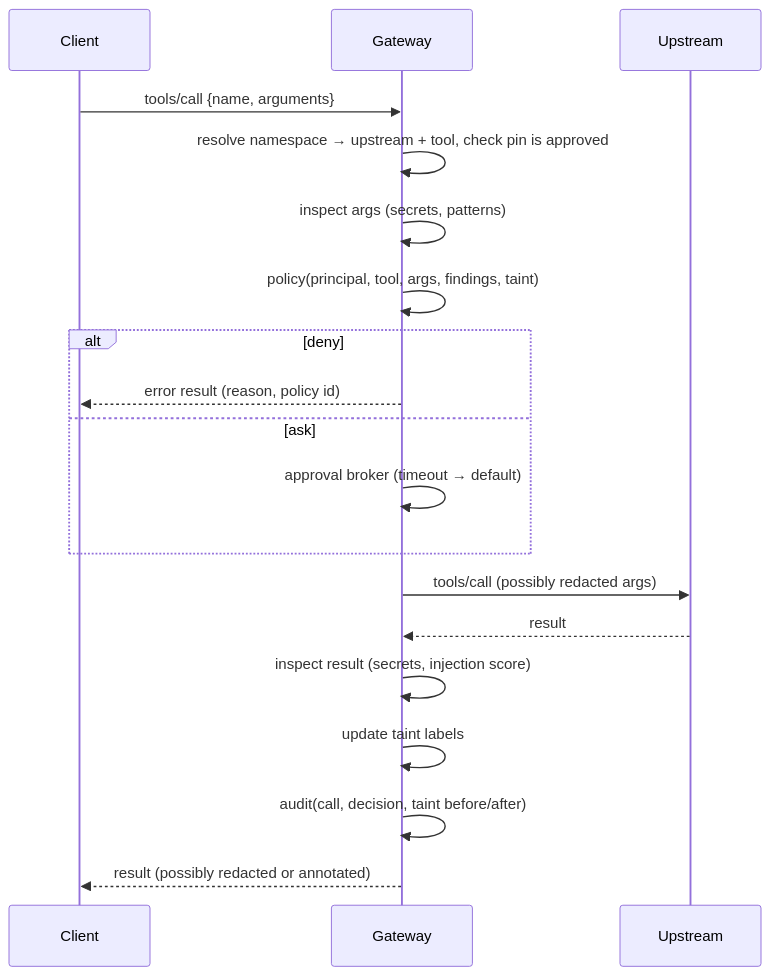
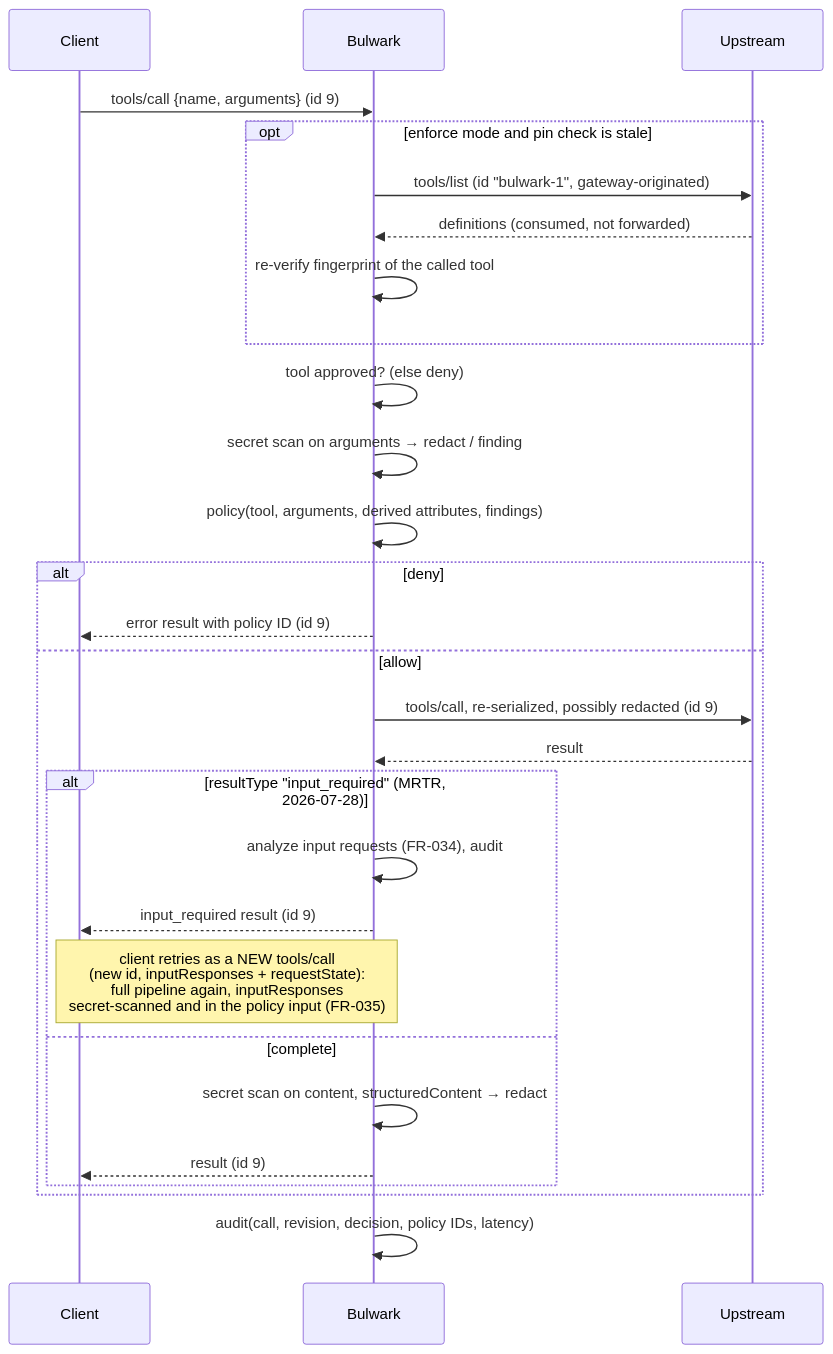
Before and after one commit to 1337-llama/robust-mcp-bulwark: the fifth of 7 diagrams in DESIGN.md, drawn with Mermaid. The commit also changed other lines of this file and 8 other files, not shown here.

First line of the commit message:
Design 02: architecture, threat model, language and policy engine (#2)

````diff
--- a/DESIGN.md
+++ b/DESIGN.md
@@ -253,21 +330,30 @@
 ```mermaid
 sequenceDiagram
   participant C as Client
-  participant G as Gateway
+  participant B as Bulwark
   participant U as Upstream
-  C->>G: tools/call {name, arguments}
-  G->>G: resolve namespace → upstream + tool, check pin is approved
-  G->>G: inspect args (secrets, patterns)
-  G->>G: policy(principal, tool, args, findings, taint)
+  C->>B: tools/call {name, arguments} (id 9)
+  opt enforce mode and pin check is stale
+    B->>U: tools/list (id "bulwark-1", gateway-originated)
+    U-->>B: definitions (consumed, not forwarded)
+    B->>B: re-verify fingerprint of the called tool
+  end
+  B->>B: tool approved? (else deny)
+  B->>B: secret scan on arguments → redact / finding
+  B->>B: policy(tool, arguments, derived attributes, findings)
   alt deny
-    G-->>C: error result (reason, policy id)
-  else ask
-    G->>G: approval broker (timeout → default)
+    B-->>C: error result with policy ID (id 9)
+  else allow
+    B->>U: tools/call, re-serialized, possibly redacted (id 9)
+    U-->>B: result
+    alt resultType "input_required" (MRTR, 2026-07-28)
+      B->>B: analyze input requests (FR-034), audit
+      B-->>C: input_required result (id 9)
+      Note over C,B: client retries as a NEW tools/call<br/>(new id, inputResponses + requestState):<br/>full pipeline again, inputResponses<br/>secret-scanned and in the policy input (FR-035)
+    else complete
+      B->>B: secret scan on content, structuredContent → redact
+      B-->>C: result (id 9)
+    end
   end
-  G->>U: tools/call (possibly redacted args)
-  U-->>G: result
-  G->>G: inspect result (secrets, injection score)
-  G->>G: update taint labels
-  G->>G: audit(call, decision, taint before/after)
-  G-->>C: result (possibly redacted or annotated)
+  B->>B: audit(call, revision, decision, policy IDs, latency)
 ```
````
